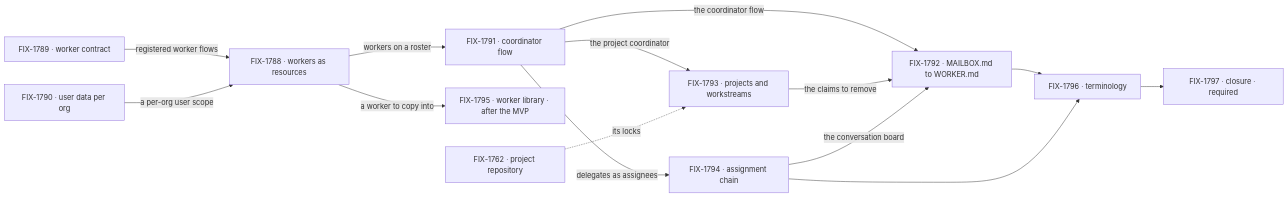
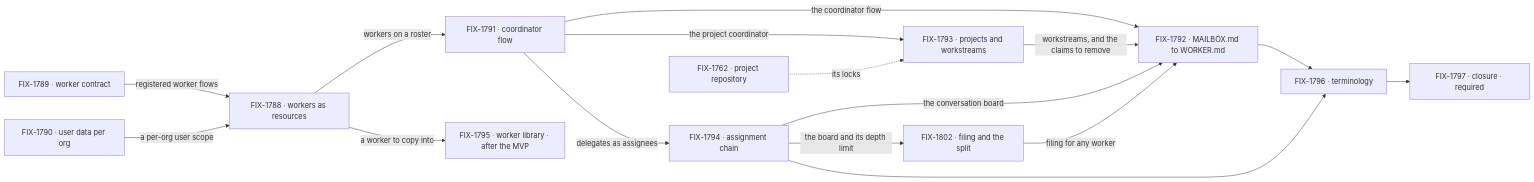
One commit to fixpoint-labs/flow-state-dev changed the second of 2 diagrams in specs/epics/FIX-1786/SPEC.md. Above: the diagram before and after it, drawn with Mermaid. The commit also changed other lines of this file and 13 other files, not shown here.

First line of the commit message:
spec(epic): record D8, filing as a tool any worker can be granted; FIX-1802 joins (FIX-1786)

````diff
--- a/specs/epics/FIX-1786/SPEC.md
+++ b/specs/epics/FIX-1786/SPEC.md
@@ -108,16 +110,18 @@
 ```mermaid
 flowchart LR
   C["FIX-1789 · worker contract"] -->|"registered worker flows"| W["FIX-1788 · workers as resources"]
   O["FIX-1790 · user data per org"] -->|"a per-org user scope"| W
   W -->|"workers on a roster"| K["FIX-1791 · coordinator flow"]
   W -->|"a worker to copy into"| L["FIX-1795 · worker library · after the MVP"]
   K -->|"the project coordinator"| P["FIX-1793 · projects and workstreams"]
   K -->|"delegates as assignees"| H["FIX-1794 · assignment chain"]
   K -->|"the coordinator flow"| M["FIX-1792 · MAILBOX.md to WORKER.md"]
-  P -->|"the claims to remove"| M
+  P -->|"workstreams, and the claims to remove"| M
   H -->|"the conversation board"| M
+  H -->|"the board and its depth limit"| S["FIX-1802 · filing and the split"]
+  S -->|"filing for any worker"| M
   M --> T["FIX-1796 · terminology"]
   H --> T
   T --> Z["FIX-1797 · closure · required"]
   X["FIX-1762 · project repository"] -.->|"its locks"| P
 ```
````
